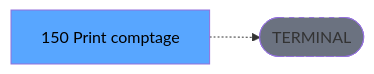
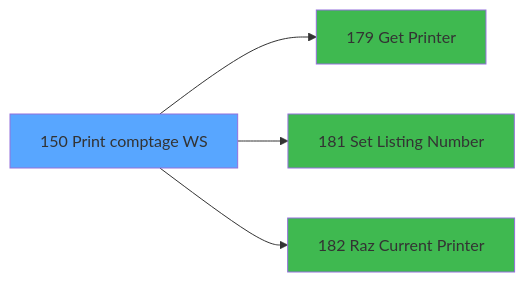
Before and after one commit to thonyAGP/magic-migration: the third of 3 diagrams in .openspec/specs/ADH-IDE-150.md, drawn with Mermaid. The commit also changed other lines of this file and 253 other files, not shown here.

````diff
--- a/.openspec/specs/ADH-IDE-150.md
+++ b/.openspec/specs/ADH-IDE-150.md
@@ -137,8 +491,14 @@
 ```mermaid
 graph LR
-    T[150 Print comptage ]
-    TERM([TERMINAL])
-    T -.-> TERM
-    style TERM fill:#6b7280,stroke-dasharray: 5 5
-    style T fill:#58a6ff,color:#000
+    T150[150 Print comptage WS]
+    style T150 fill:#58a6ff
+    C179[179 Get Printer]
+    T150 --> C179
+    style C179 fill:#3fb950
+    C181[181 Set Listing Number]
+    T150 --> C181
+    style C181 fill:#3fb950
+    C182[182 Raz Current Printer]
+    T150 --> C182
+    style C182 fill:#3fb950
 ```
````
